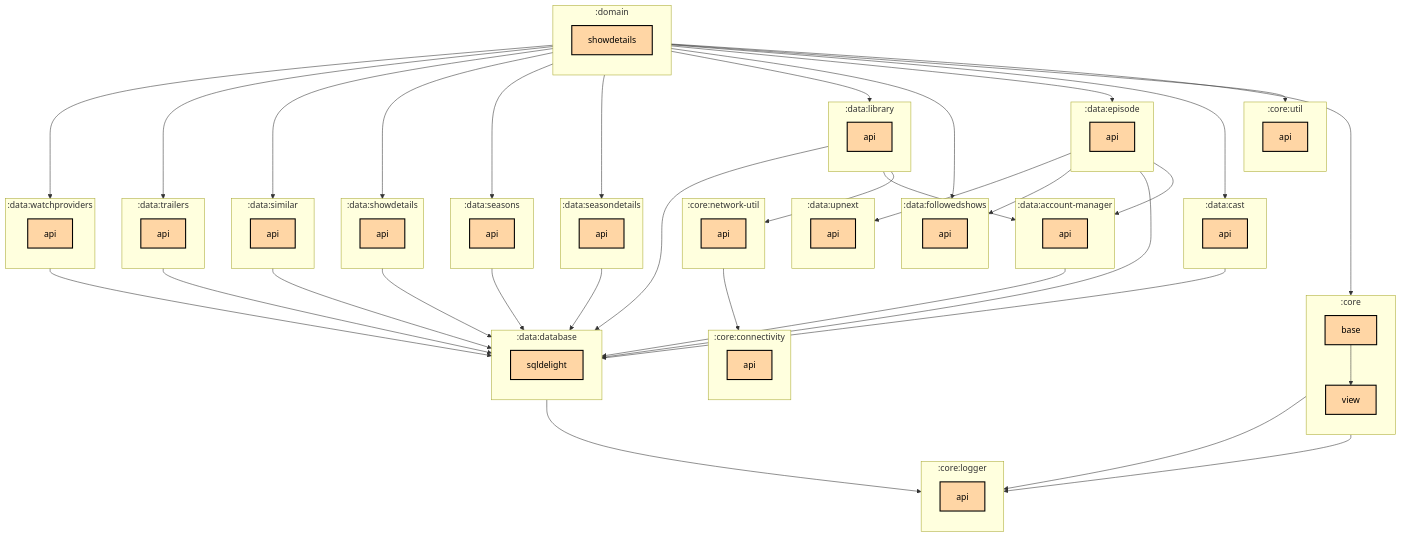
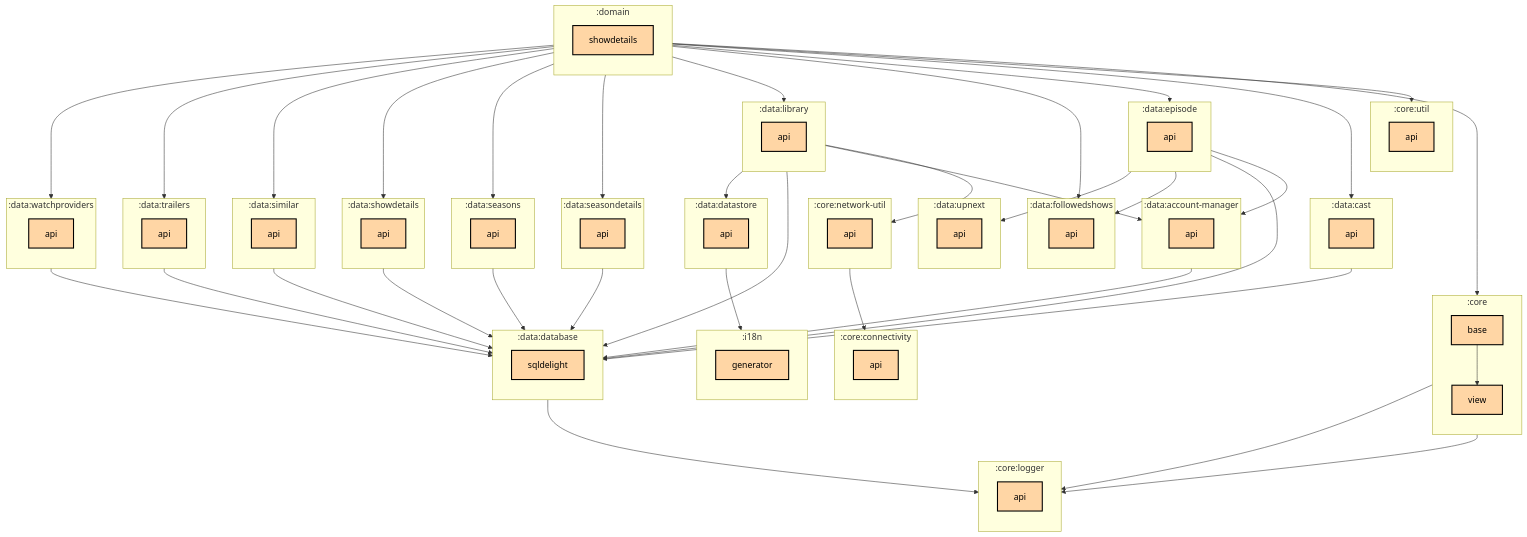
One commit to thomaskioko/tv-maniac changed the first of 2 diagrams in domain/showdetails/README.md. Above: the diagram before and after it, drawn with Mermaid. The commit also changed 45 other files, not shown here.

Commit message:
Regenerate the module dependency graphs

```diff
--- a/domain/showdetails/README.md
+++ b/domain/showdetails/README.md
@@ -37,6 +37,10 @@
   subgraph :data:database
     direction TB
     :data:database:sqldelight[sqldelight]:::multiplatform
+  end
+  subgraph :data:datastore
+    direction TB
+    :data:datastore:api[api]:::multiplatform
   end
   subgraph :data:episode
     direction TB
@@ -82,6 +86,10 @@
     direction TB
     :domain:showdetails[showdetails]:::multiplatform
   end
+  subgraph :i18n
+    direction TB
+    :i18n:generator[generator]:::multiplatform
+  end
 
   :core:base --> :core:logger:api
   :core:base --> :core:view
@@ -90,6 +98,7 @@
   :data:account-manager:api --> :data:database:sqldelight
   :data:cast:api --> :data:database:sqldelight
   :data:database:sqldelight --> :core:logger:api
+  :data:datastore:api --> :i18n:generator
   :data:episode:api --> :data:account-manager:api
   :data:episode:api --> :data:database:sqldelight
   :data:episode:api --> :data:followedshows:api
@@ -97,6 +106,7 @@
   :data:library:api --> :core:network-util:api
   :data:library:api --> :data:account-manager:api
   :data:library:api --> :data:database:sqldelight
+  :data:library:api --> :data:datastore:api
   :data:seasondetails:api --> :data:database:sqldelight
   :data:seasons:api --> :data:database:sqldelight
   :data:showdetails:api --> :data:database:sqldelight
```
